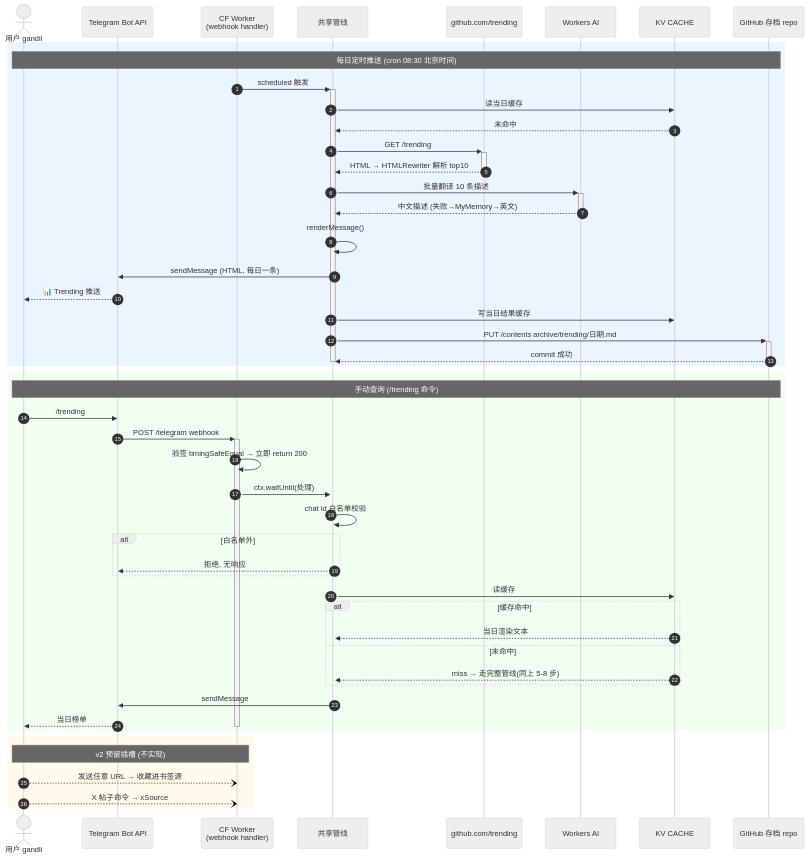
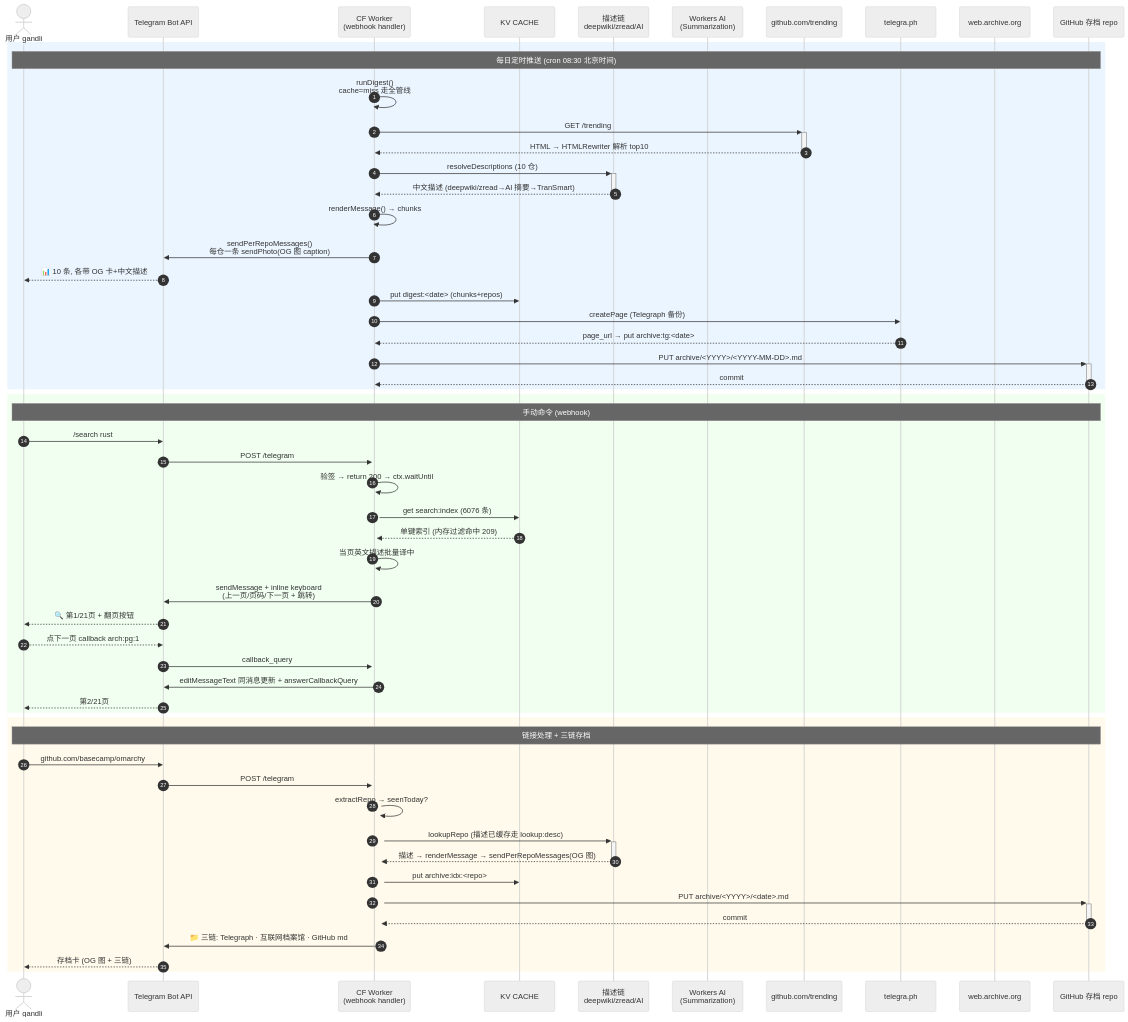
The diagram in docs/diagrams/dataflow.mmd (gandli/daily-digest), drawn with Mermaid (neutral theme) before and after one commit. The commit also changed 12 other files, not shown here.

Commit message:
docs: 完善开发文档 — 新增 INTERFACES(接口/KV键/命令) + ROADMAP(开发计划); 更新架构图/时序图反映现状(三链/搜索分页/每仓OG图); gitignore 工具产物 (#75)

```diff
--- a/docs/diagrams/dataflow.mmd
+++ b/docs/diagrams/dataflow.mmd
@@ -1,55 +1,59 @@
 sequenceDiagram
     autonumber
     actor U as 用户 gandli
     participant TA as Telegram Bot API
     participant W as CF Worker<br/>(webhook handler)
-    participant P as 共享管线
+    participant KV as KV CACHE
+    participant CHAIN as 描述链<br/>deepwiki/zread/AI
+    participant AI as Workers AI<br/>(Summarization)
     participant G as github.com/trending
-    participant AI as Workers AI
-    participant KV as KV CACHE
+    participant TG as telegra.ph
+    participant WA as web.archive.org
     participant GH as GitHub 存档 repo
 
-    rect rgb(235, 245, 255)
+    rect rgb(235,245,255)
     Note over U,GH: 每日定时推送 (cron 08:30 北京时间)
-    W->>+P: scheduled 触发
-    P->>KV: 读当日缓存
-    KV-->>P: 未命中
-    P->>+G: GET /trending
-    G-->>-P: HTML → HTMLRewriter 解析 top10
-    P->>+AI: 批量翻译 10 条描述
-    AI-->>-P: 中文描述 (失败→MyMemory→英文)
-    P->>P: renderMessage()<br/>#trending #d日期 #语言 + deepwiki链接
-    P->>TA: sendMessage (HTML, 每日一条)
-    TA-->>U: 📊 Trending 推送
-    P->>KV: 写当日结果缓存
-    P->>+GH: PUT /contents archive/trending/日期.md
-    GH-->>-P: commit 成功
-    deactivate P
+    W->>W: runDigest()<br/>cache=miss 走全管线
+    W->>+G: GET /trending
+    G-->>-W: HTML → HTMLRewriter 解析 top10
+    W->>+CHAIN: resolveDescriptions (10 仓)
+    CHAIN-->>-W: 中文描述 (deepwiki/zread→AI 摘要→TranSmart)
+    W->>W: renderMessage() → chunks
+    W->>TA: sendPerRepoMessages()<br/>每仓一条 sendPhoto(OG 图 caption)
+    TA-->>U: 📊 10 条, 各带 OG 卡+中文描述
+    W->>KV: put digest:<date> (chunks+repos)
+    W->>TG: createPage (Telegraph 备份)
+    TG-->>W: page_url → put archive:tg:<date>
+    W->>+GH: PUT archive/<YYYY>/<YYYY-MM-DD>.md
+    GH-->>-W: commit
     end
 
-    rect rgb(240, 255, 240)
-    Note over U,GH: 手动查询 (/trending 命令)
-    U->>TA: /trending
-    TA->>+W: POST /telegram webhook
-    W->>W: 验签 timingSafeEqual → 立即 return 200
-    W->>+P: ctx.waitUntil(处理)
-    P->>P: chat id 白名单校验
-    alt 白名单外
-        P-->>TA: 拒绝, 无响应
-    end
-    P->>KV: 读缓存
-    alt 缓存命中
-        KV-->>P: 当日渲染文本
-    else 未命中
-        KV-->>P: miss → 走完整管线(同上 5-8 步)
-    end
-    P->>TA: sendMessage
-    TA-->>U: 当日榜单
-    deactivate W
+    rect rgb(240,255,240)
+    Note over U,GH: 手动命令 (webhook)
+    U->>TA: /search rust
+    TA->>+W: POST /telegram
+    W->>W: 验签 → return 200 → ctx.waitUntil
+    W->>KV: get search:index (6076 条)
+    KV-->>W: 单键索引 (内存过滤命中 209)
+    W->>W: 当页英文描述批量译中
+    W->>TA: sendMessage + inline keyboard<br/>(上一页/页码/下一页 + 跳转)
+    TA-->>U: 🔍 第1/21页 + 翻页按钮
+    U-->>TA: 点下一页 callback arch:pg:1
+    TA->>+W: callback_query
+    W->>TA: editMessageText 同消息更新 + answerCallbackQuery
+    TA-->>U: 第2/21页
     end
 
-    rect rgb(255, 250, 235)
-    Note over U,W: v2 预留插槽 (不实现)
-    U--)W: 发送任意 URL → 收藏进书签源
-    U--)W: X 帖子命令 → xSource
+    rect rgb(255,250,235)
+    Note over U,GH: 链接处理 + 三链存档
+    U->>TA: github.com/basecamp/omarchy
+    TA->>+W: POST /telegram
+    W->>W: extractRepo → seenToday?
+    W->>+CHAIN: lookupRepo (描述已缓存走 lookup:desc)
+    CHAIN-->>-W: 描述 → renderMessage → sendPerRepoMessages(OG 图)
+    W->>KV: put archive:idx:<repo>
+    W->>+GH: PUT archive/<YYYY>/<date>.md
+    GH-->>-W: commit
+    W->>TA: 📁 三链: Telegraph · 互联网档案馆 · GitHub md
+    TA-->>U: 存档卡 (OG 图 + 三链)
     end
```
